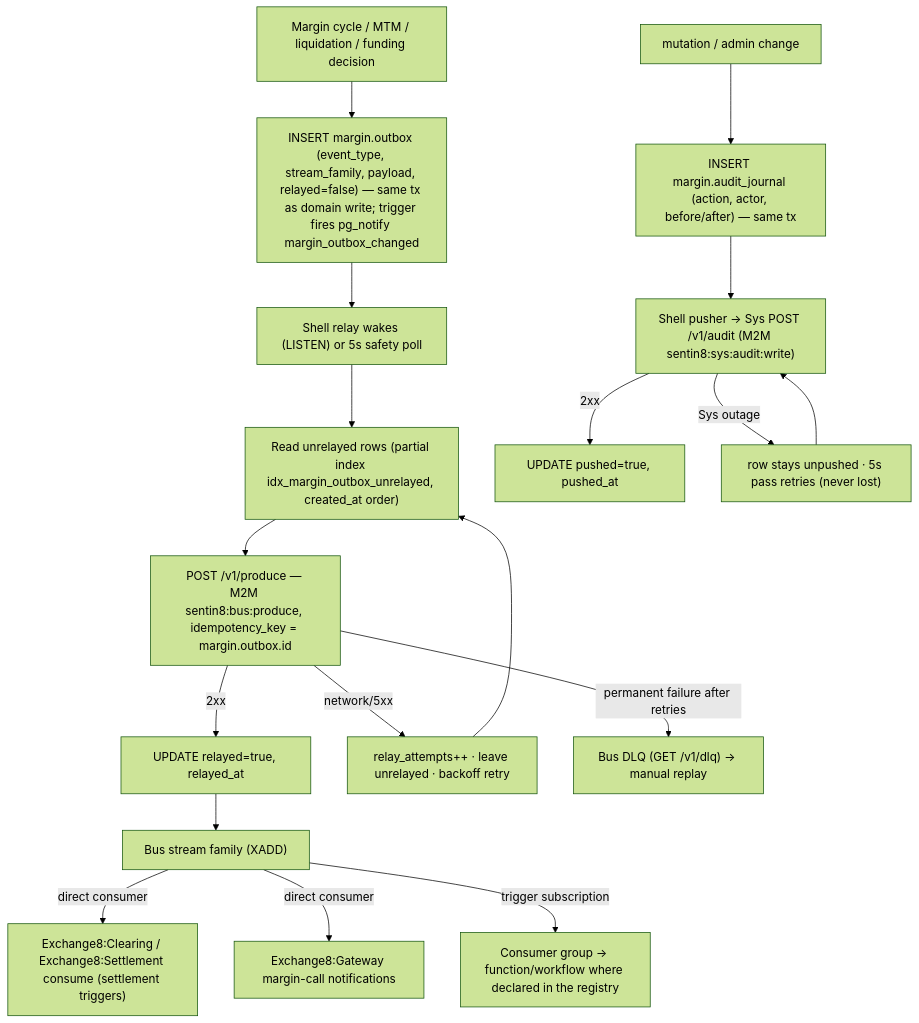
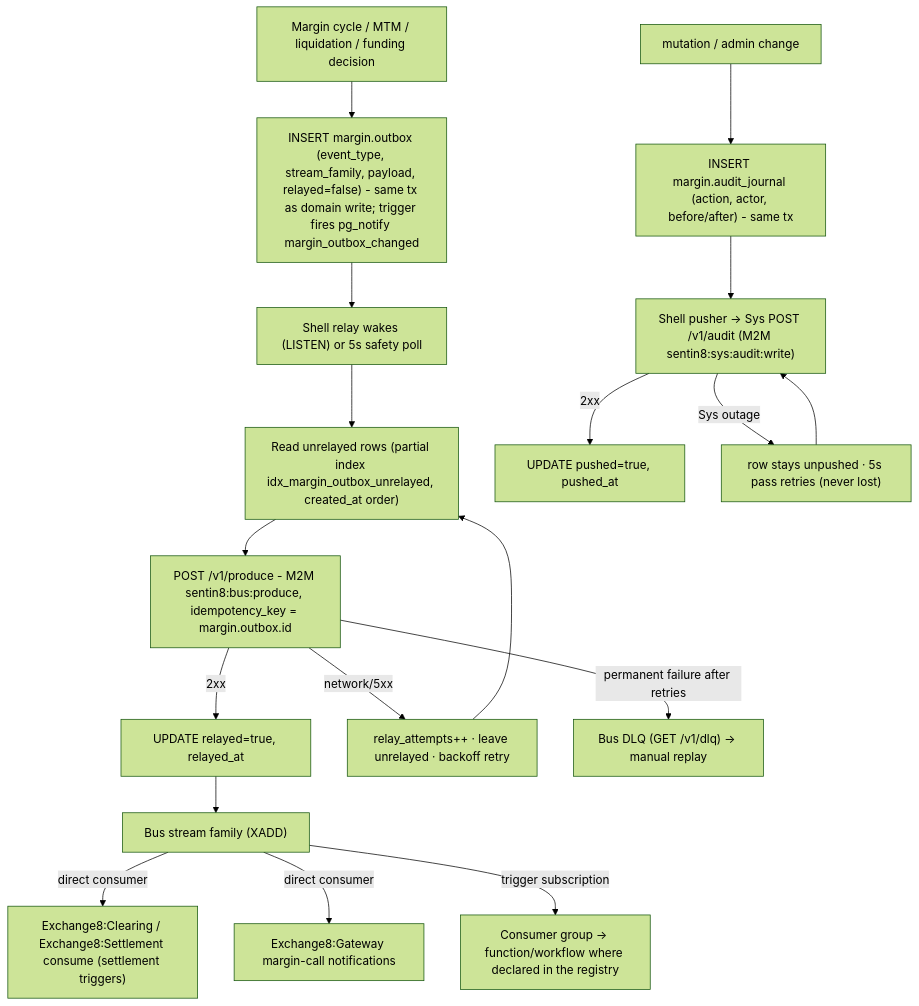
Diagram 13 of 17 in DESIGN.md (Exchange8-dev/exchange8-margin), drawn with Mermaid (forest theme) before and after one commit. The commit also changed other lines of this file and 19 other files, not shown here.

````diff
--- a/DESIGN.md
+++ b/DESIGN.md
@@ -580,20 +580,20 @@
 ```mermaid
 flowchart TD
-    A["Margin cycle / MTM / liquidation / funding decision"] --> B["INSERT margin.outbox (event_type, stream_family, payload, relayed=false) — same tx as domain write; trigger fires pg_notify margin_outbox_changed"]
+    A["Margin cycle / MTM / liquidation / funding decision"] --> B["INSERT margin.outbox (event_type, stream_family, payload, relayed=false) - same tx as domain write; trigger fires pg_notify margin_outbox_changed"]
     B --> C["Shell relay wakes (LISTEN) or 5s safety poll"]
     C --> D["Read unrelayed rows (partial index idx_margin_outbox_unrelayed, created_at order)"]
-    D --> E["POST /v1/produce — M2M sentin8:bus:produce, idempotency_key = margin.outbox.id"]
+    D --> E["POST /v1/produce - M2M sentin8:bus:produce, idempotency_key = margin.outbox.id"]
     E -->|2xx| F["UPDATE relayed=true, relayed_at"]
     E -->|network/5xx| G["relay_attempts++ · leave unrelayed · backoff retry"]
     G --> D
     E -->|permanent failure after retries| DLQ["Bus DLQ (GET /v1/dlq) → manual replay"]
     F --> H["Bus stream family (XADD)"]
     H -->|direct consumer| I1["Exchange8:Clearing / Exchange8:Settlement consume (settlement triggers)"]
     H -->|direct consumer| I2["Exchange8:Gateway margin-call notifications"]
     H -->|trigger subscription| I3["Consumer group → function/workflow where declared in the registry"]
-    A2["mutation / admin change"] --> AJ["INSERT margin.audit_journal (action, actor, before/after) — same tx"]
+    A2["mutation / admin change"] --> AJ["INSERT margin.audit_journal (action, actor, before/after) - same tx"]
     AJ --> P["Shell pusher → Sys POST /v1/audit (M2M sentin8:sys:audit:write)"]
     P -->|2xx| Q["UPDATE pushed=true, pushed_at"]
     P -->|Sys outage| R["row stays unpushed · 5s pass retries (never lost)"]
     R --> P
 ```
````
